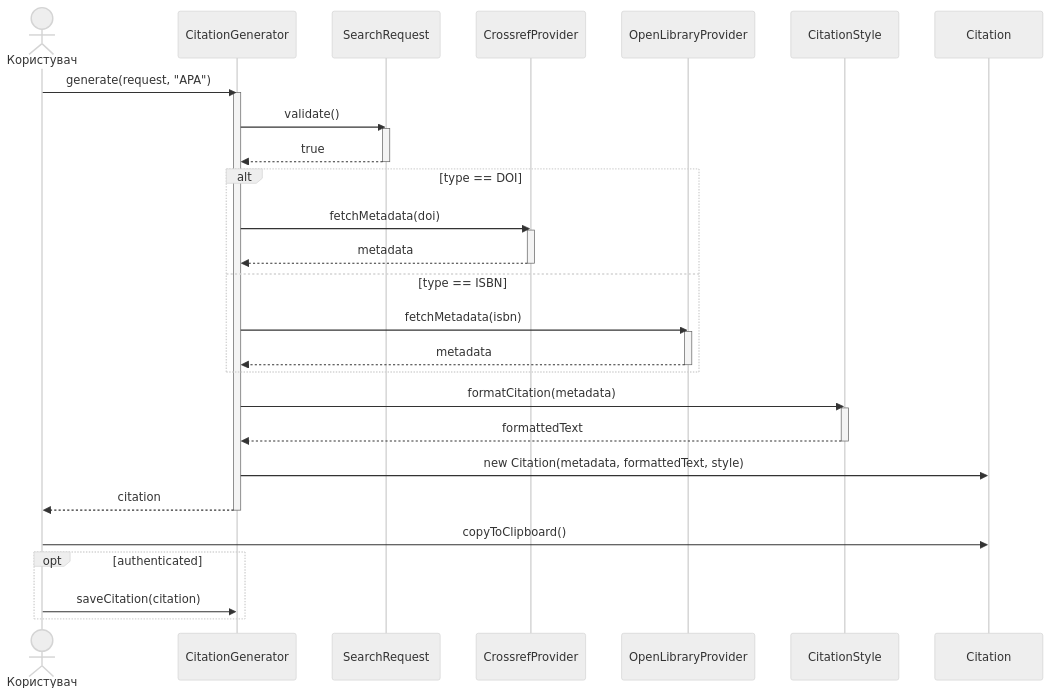
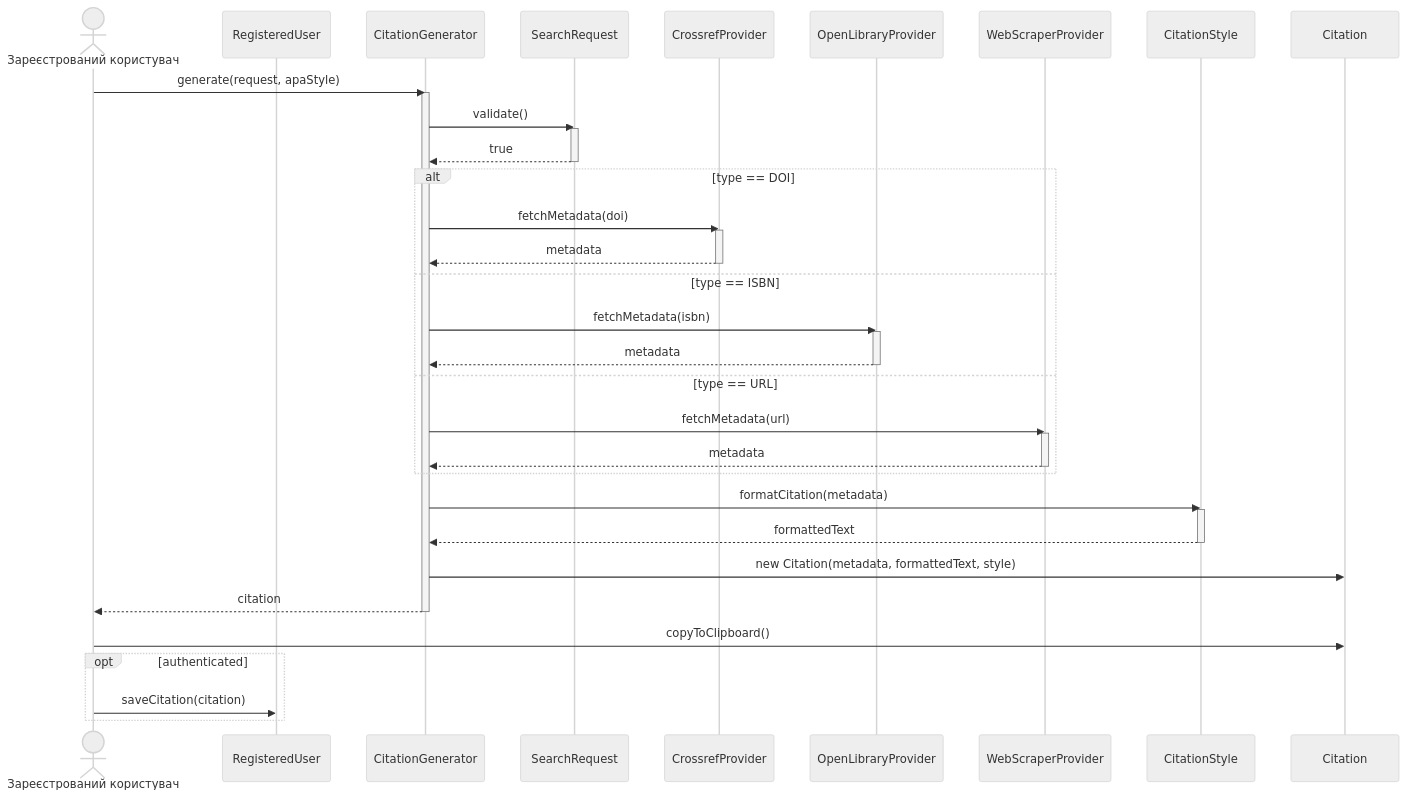
The diagram in diagrams/sequence.mmd (oleksandrkonovalov1/bse-lr2-konovalov), drawn with Mermaid (neutral theme) before and after one commit. The commit also changed 7 other files, not shown here.

First line of the commit message:
fix: resolve internal consistency issues across UML diagrams

```diff
--- a/diagrams/sequence.mmd
+++ b/diagrams/sequence.mmd
@@ -1,44 +1,51 @@
 sequenceDiagram
-    actor User as Користувач
+    actor User as Зареєстрований користувач
+    participant RU as RegisteredUser
     participant CG as CitationGenerator
     participant SR as SearchRequest
     participant CP as CrossrefProvider
     participant OLP as OpenLibraryProvider
+    participant WSP as WebScraperProvider
     participant CS as CitationStyle
     participant C as Citation
 
-    User->>CG: generate(request, "APA")
+    User->>CG: generate(request, apaStyle)
     activate CG
 
     CG->>SR: validate()
     activate SR
     SR-->>CG: true
     deactivate SR
 
     alt type == DOI
         CG->>CP: fetchMetadata(doi)
         activate CP
         CP-->>CG: metadata
         deactivate CP
     else type == ISBN
         CG->>OLP: fetchMetadata(isbn)
         activate OLP
         OLP-->>CG: metadata
         deactivate OLP
+    else type == URL
+        CG->>WSP: fetchMetadata(url)
+        activate WSP
+        WSP-->>CG: metadata
+        deactivate WSP
     end
 
     CG->>CS: formatCitation(metadata)
     activate CS
     CS-->>CG: formattedText
     deactivate CS
 
     CG->>C: new Citation(metadata, formattedText, style)
 
     CG-->>User: citation
     deactivate CG
 
     User->>C: copyToClipboard()
 
     opt authenticated
-        User->>CG: saveCitation(citation)
+        User->>RU: saveCitation(citation)
     end
```
